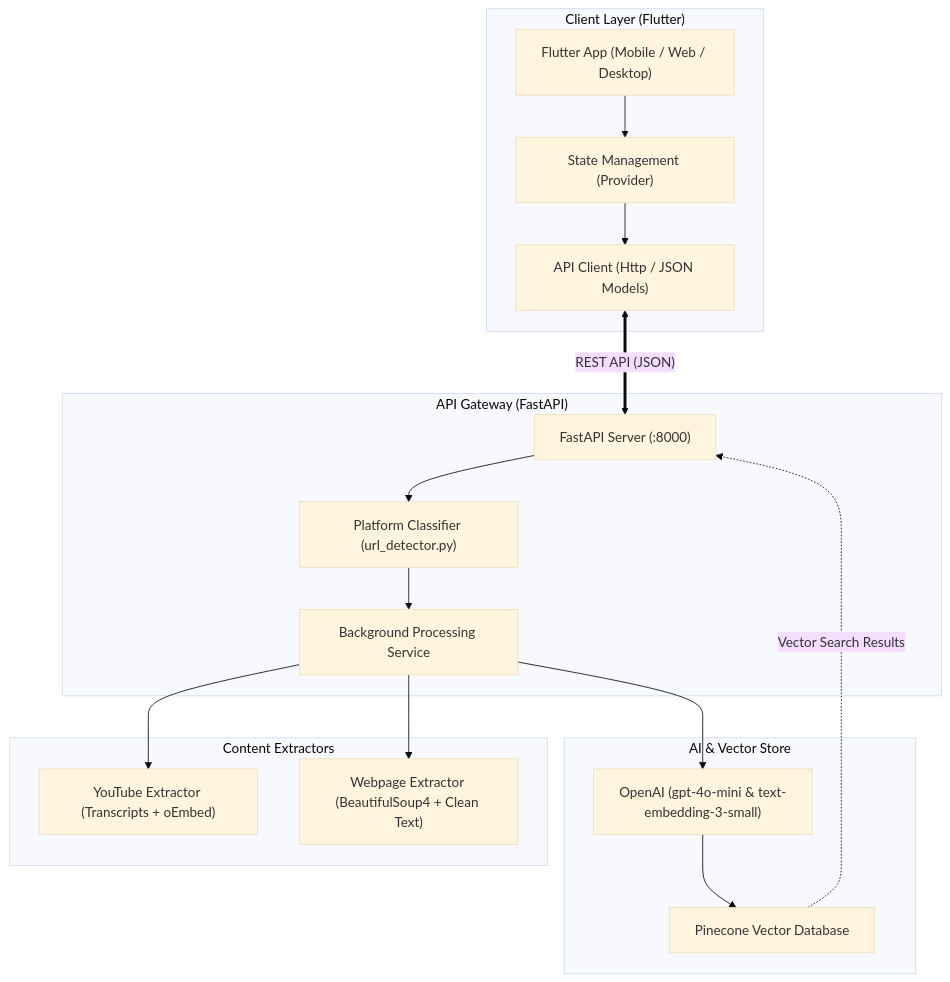
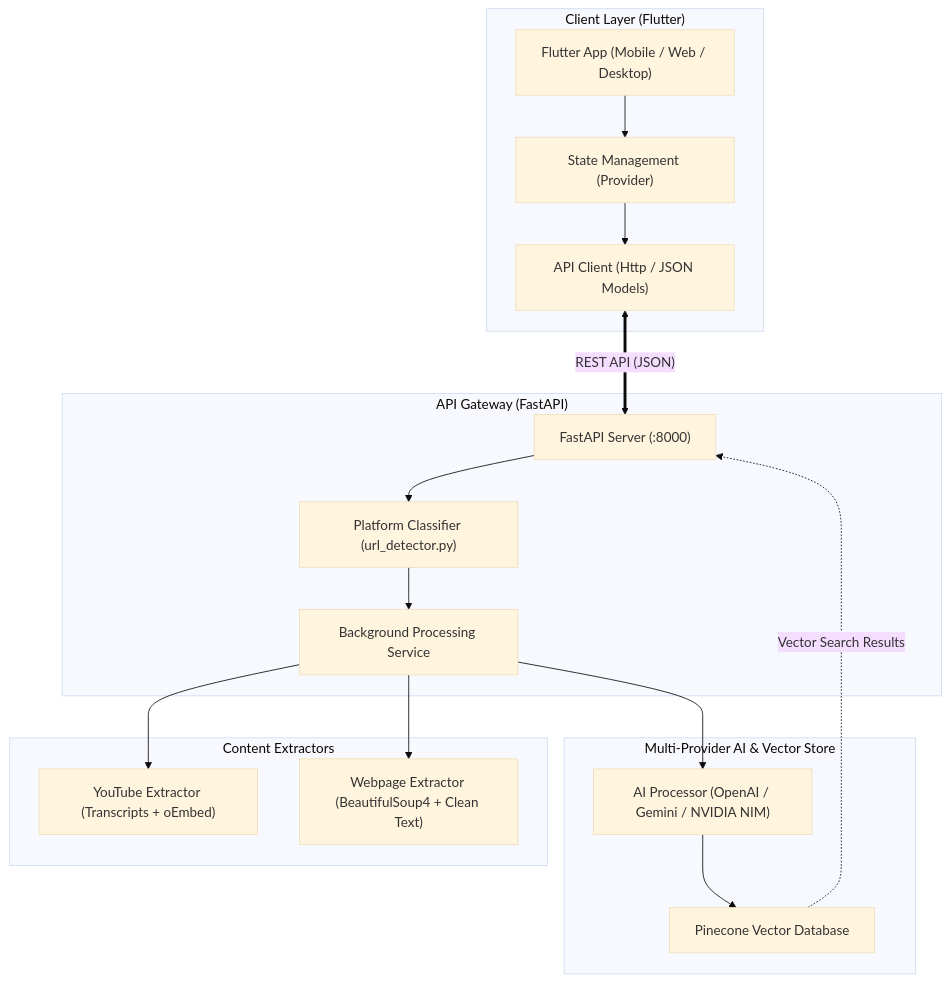
One commit to Kirans1ngh/Recall changed the diagram in README.md. Above: the diagram before and after it, drawn with Mermaid (base theme). The commit also changed other lines of this file and 7 other files, not shown here.

First line of the commit message:
feat(ai): add multi-provider support for Google Gemini and NVIDIA NIM

````diff
--- a/README.md
+++ b/README.md
@@ -59,33 +82,33 @@
 ```mermaid
 flowchart TD
     subgraph Client ["Client Layer (Flutter)"]
         UI["Flutter App (Mobile / Web / Desktop)"]
         Provider["State Management (Provider)"]
         ClientNet["API Client (Http / JSON Models)"]
         UI --> Provider --> ClientNet
     end
 
     subgraph Gateway ["API Gateway (FastAPI)"]
         API["FastAPI Server (:8000)"]
         Classifier["Platform Classifier (url_detector.py)"]
         BgWorker["Background Processing Service"]
         API --> Classifier --> BgWorker
     end
 
     subgraph Extractors ["Content Extractors"]
         YTExt["YouTube Extractor (Transcripts + oEmbed)"]
         WebExt["Webpage Extractor (BeautifulSoup4 + Clean Text)"]
         BgWorker --> YTExt
         BgWorker --> WebExt
     end
 
-    subgraph Intelligence ["AI & Vector Store"]
-        OpenAI["OpenAI (gpt-4o-mini & text-embedding-3-small)"]
+    subgraph Intelligence ["Multi-Provider AI & Vector Store"]
+        AIProc["AI Processor (OpenAI / Gemini / NVIDIA NIM)"]
         Pinecone["Pinecone Vector Database"]
-        BgWorker --> OpenAI
-        OpenAI --> Pinecone
+        BgWorker --> AIProc
+        AIProc --> Pinecone
     end
 
     ClientNet <==>|"REST API (JSON)"| API
     Pinecone -.->|"Vector Search Results"| API
 ```
````
